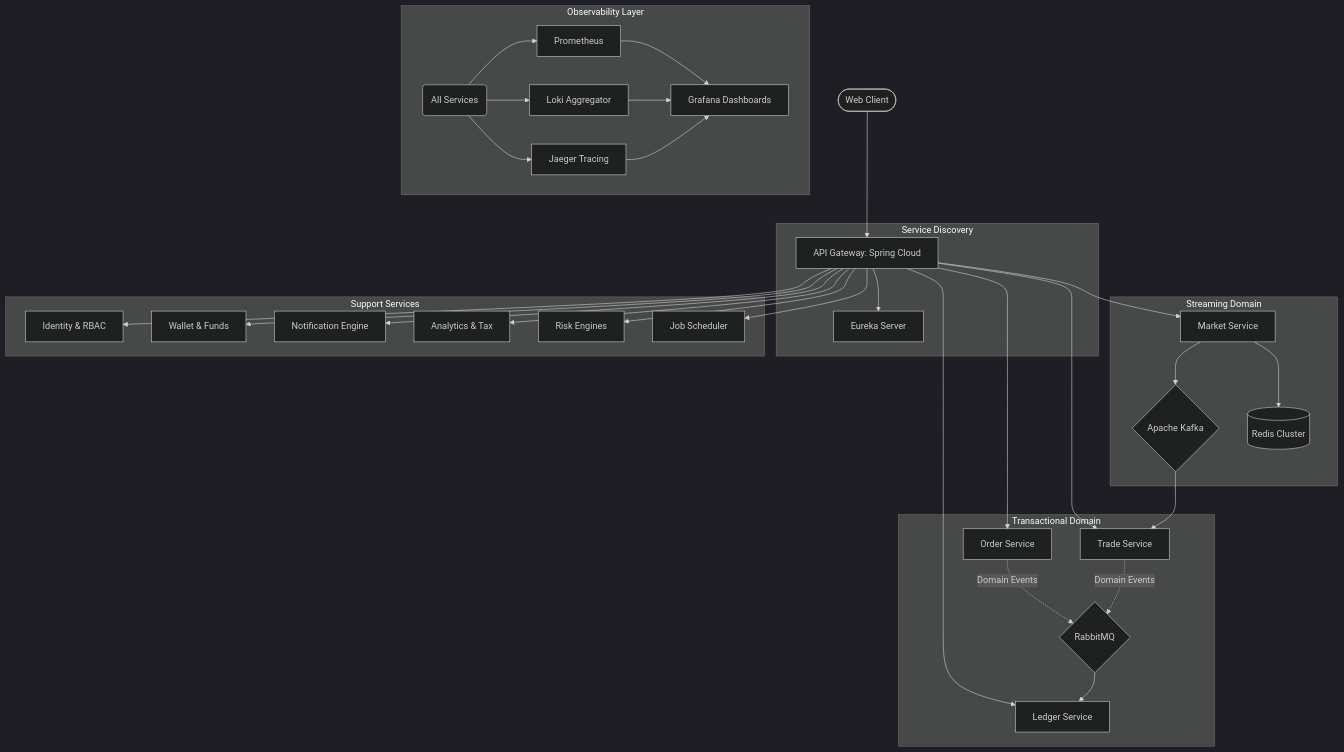
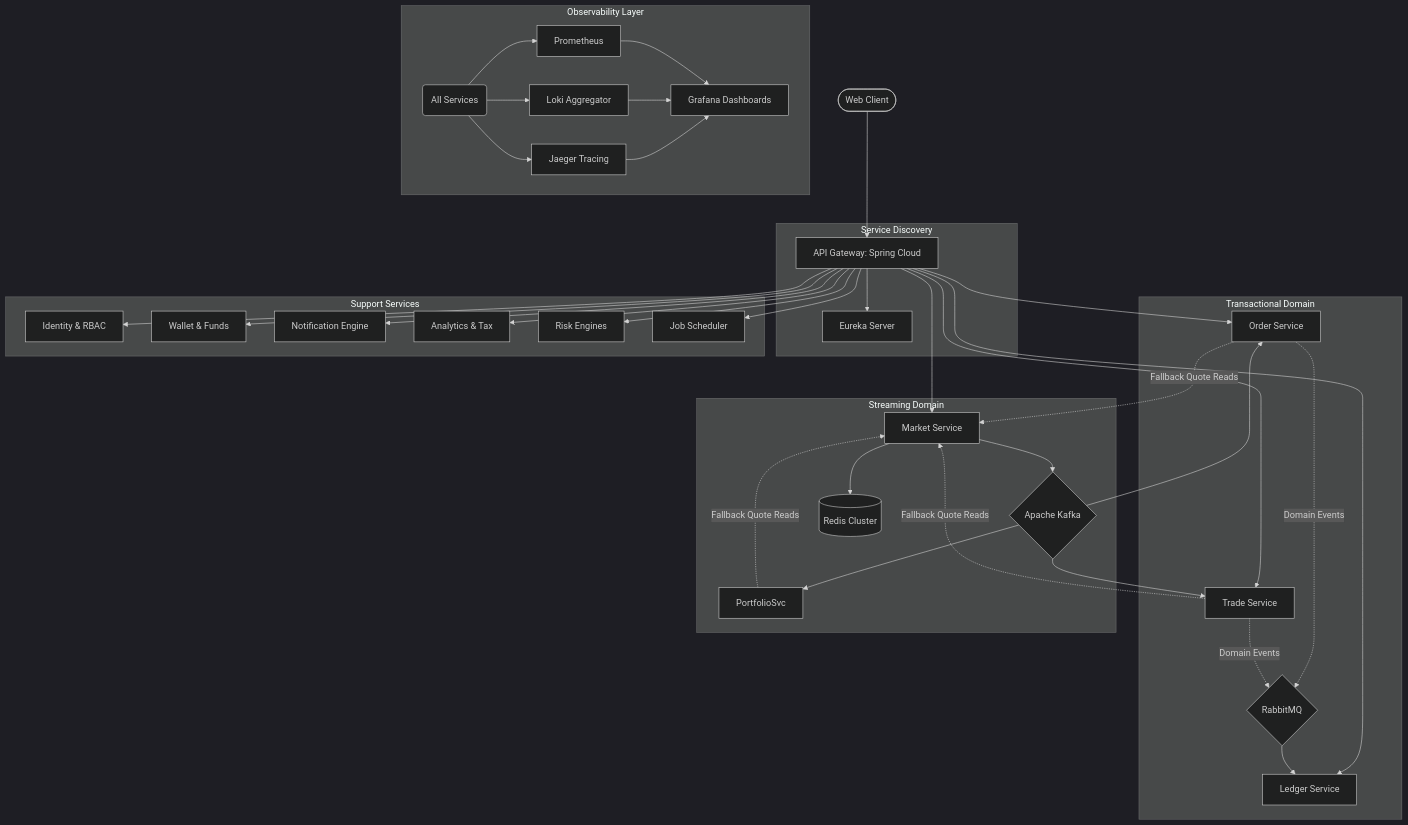
One commit to axshowk/winvestco-trading-platform changed the diagram in README.md. Above: the diagram before and after it, drawn with Mermaid (dark theme). The commit also changed other lines of this file and 50 other files, not shown here.

Commit message:
feat: roll out Kafka v1 market quote projections and resilience

````diff
--- a/README.md
+++ b/README.md
@@ -30,40 +30,45 @@
 ```mermaid
 graph TD
     Client([Web Client]) --> Gateway[API Gateway: Spring Cloud]
     
     subgraph "Service Discovery"
         Gateway --> Eureka[Eureka Server]
     end
 
     subgraph "Transactional Domain"
         Gateway --> OrderSvc[Order Service]
         Gateway --> TradeSvc[Trade Service]
         Gateway --> LedgerSvc[Ledger Service]
         OrderSvc -. Domain Events .-> RabbitMQ{RabbitMQ}
         TradeSvc -. Domain Events .-> RabbitMQ
         RabbitMQ --> LedgerSvc
     end
 
     subgraph "Streaming Domain"
         Gateway --> MarketSvc[Market Service]
         MarketSvc --> Kafka{Apache Kafka}
         MarketSvc --> Redis[(Redis Cluster)]
         Kafka --> TradeSvc
+        Kafka --> OrderSvc
+        Kafka --> PortfolioSvc
+        TradeSvc -. Fallback Quote Reads .-> MarketSvc
+        OrderSvc -. Fallback Quote Reads .-> MarketSvc
+        PortfolioSvc -. Fallback Quote Reads .-> MarketSvc
     end
 
     subgraph "Support Services"
         Gateway --> UserSvc[Identity & RBAC]
         Gateway --> FundSvc[Wallet & Funds]
         Gateway --> NotifySvc[Notification Engine]
         Gateway --> ReportSvc[Analytics & Tax]
         Gateway --> RiskSvc[Risk Engines]
         Gateway --> ScheduleSvc[Job Scheduler]
     end
 
     subgraph "Observability Layer"
         All(All Services) --> Prom[Prometheus]
         All --> Loki[Loki Aggregator]
         All --> Jaeger[Jaeger Tracing]
         Prom & Loki & Jaeger --> Grafana[Grafana Dashboards]
     end
 ```
````
